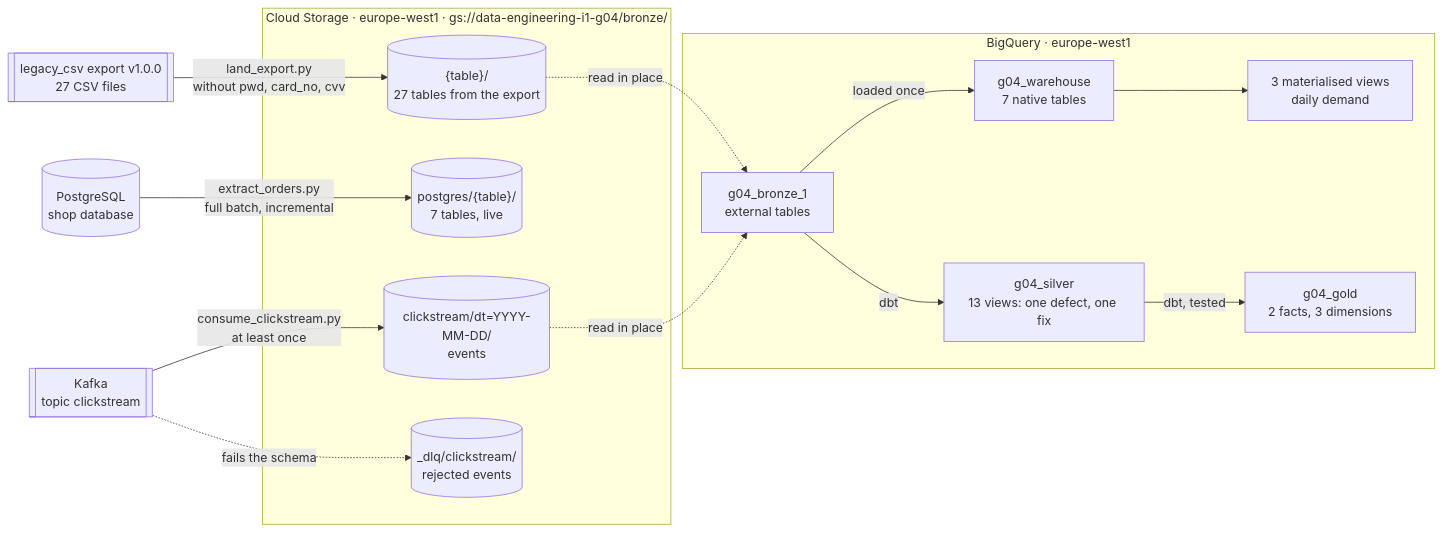
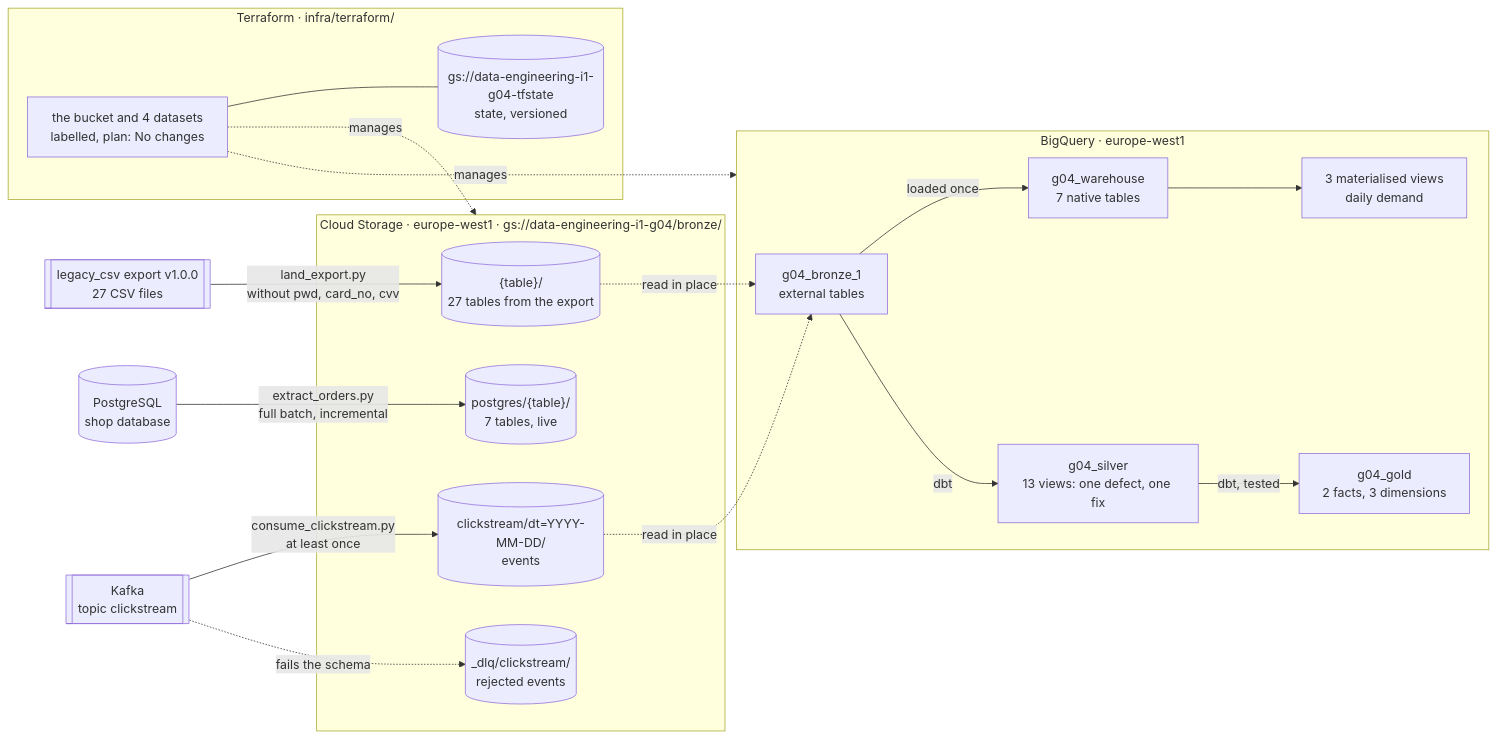
One commit to tluder-dot/DataEnGroup4 changed the second of 2 diagrams in docs/architecture.md. Above: the diagram before and after it, drawn with Mermaid. The commit also changed other lines of this file, not shown here.

First line of the commit message:
Draw steps 6 to 9: images, Terraform and its state, labels

````diff
--- a/docs/architecture.md
+++ b/docs/architecture.md
@@ -61,32 +61,41 @@
 ```mermaid
 flowchart LR
   export[["legacy_csv export v1.0.0<br/>27 CSV files"]]
   pg[("PostgreSQL<br/>shop database")]
   kafka[["Kafka<br/>topic clickstream"]]
 
   subgraph gcs["Cloud Storage · europe-west1 · gs://data-engineering-i1-g04/bronze/"]
     landed[("{table}/<br/>27 tables from the export")]
     live[("postgres/{table}/<br/>7 tables, live")]
     stream[("clickstream/dt=YYYY-MM-DD/<br/>events")]
     dlq[("_dlq/clickstream/<br/>rejected events")]
   end
 
   subgraph bq["BigQuery · europe-west1"]
     ext["g04_bronze_1<br/>external tables"]
     wh["g04_warehouse<br/>7 native tables"]
     mv["3 materialised views<br/>daily demand"]
     silver["g04_silver<br/>13 views: one defect, one fix"]
     gold["g04_gold<br/>2 facts, 3 dimensions"]
   end
 
   export -- "land_export.py<br/>without pwd, card_no, cvv" --> landed
   pg -- "extract_orders.py<br/>full batch, incremental" --> live
   kafka -- "consume_clickstream.py<br/>at least once" --> stream
   kafka -.->|fails the schema| dlq
   landed -.->|read in place| ext
   stream -.->|read in place| ext
   ext -- "loaded once" --> wh
   wh --> mv
   ext -- "dbt" --> silver
   silver -- "dbt, tested" --> gold
+
+  subgraph iac["Terraform · infra/terraform/"]
+    tf["the bucket and 4 datasets<br/>labelled, plan: No changes"]
+    state[("gs://data-engineering-i1-g04-tfstate<br/>state, versioned")]
+  end
+
+  tf -.->|manages| gcs
+  tf -.->|manages| bq
+  tf --- state
 ```
````
